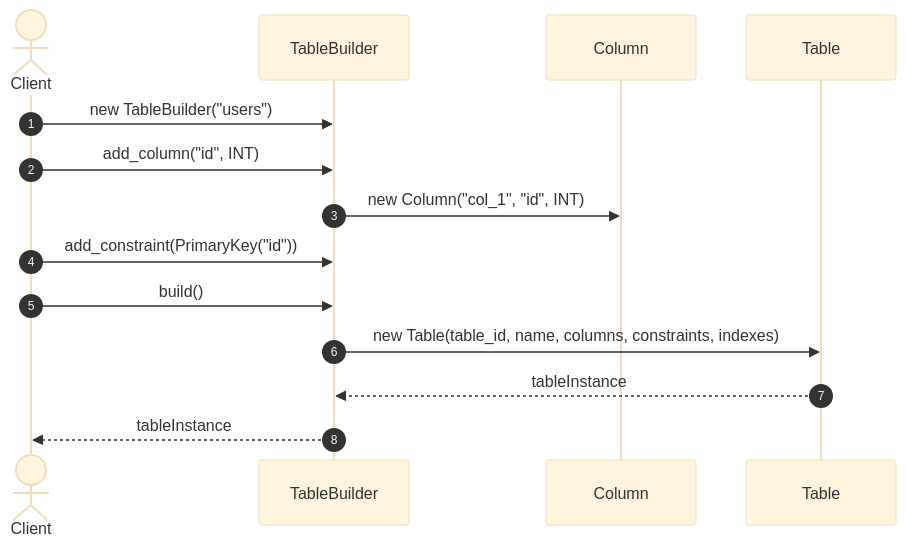
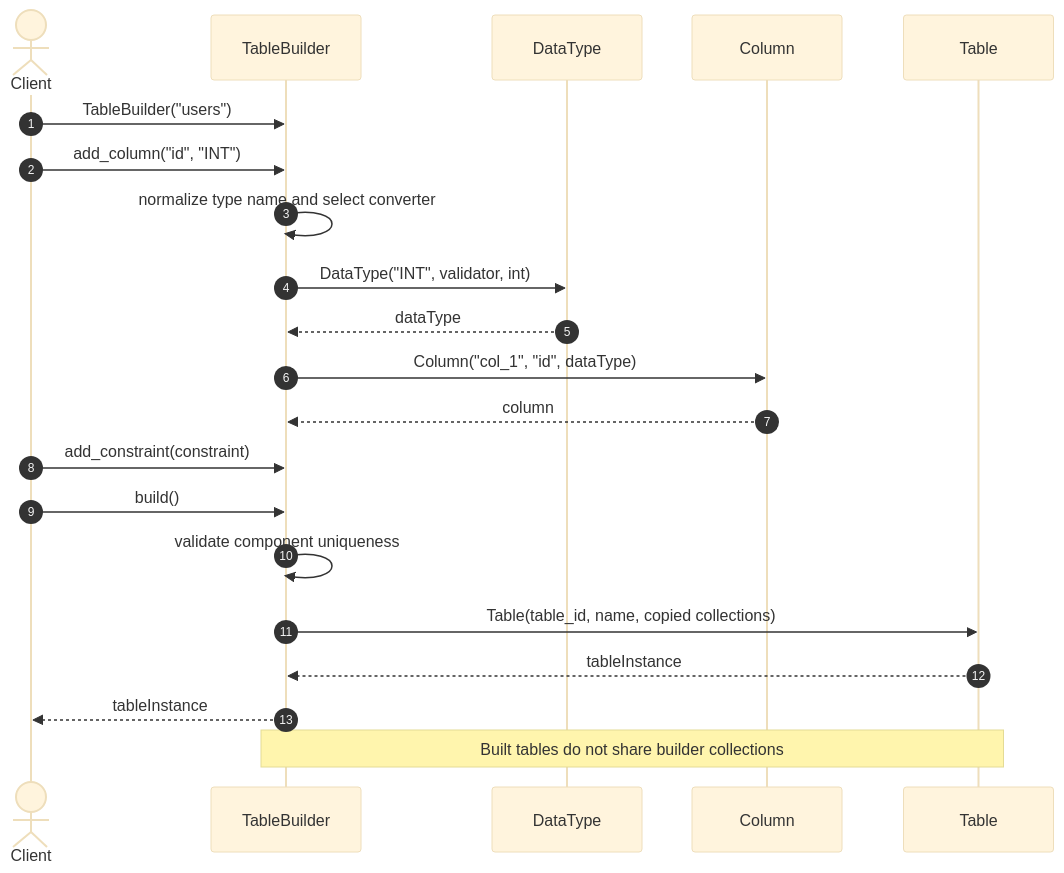
One commit to taitran501/DBMS changed the first of 7 diagrams in docs/diagrams/sequence/design_patterns/database_object.md. Above: the diagram before and after it, drawn with Mermaid (base theme). The commit also changed other lines of this file and 1 other file, not shown here.

Commit message:
docs(database_object): update Builder and Strategy pattern in sequence diagrams

````diff
--- a/docs/diagrams/sequence/design_patterns/database_object.md
+++ b/docs/diagrams/sequence/design_patterns/database_object.md
@@ -11,17 +11,25 @@
 ```mermaid
 sequenceDiagram
     autonumber
     actor Client
     participant TableBuilder
+    participant DataType
     participant Column
     participant Table
 
-    Client->>TableBuilder: new TableBuilder("users")
-    Client->>TableBuilder: add_column("id", INT)
-    TableBuilder->>Column: new Column("col_1", "id", INT)
-    Client->>TableBuilder: add_constraint(PrimaryKey("id"))
+    Client->>TableBuilder: TableBuilder("users")
+    Client->>TableBuilder: add_column("id", "INT")
+    TableBuilder->>TableBuilder: normalize type name and select converter
+    TableBuilder->>DataType: DataType("INT", validator, int)
+    DataType-->>TableBuilder: dataType
+    TableBuilder->>Column: Column("col_1", "id", dataType)
+    Column-->>TableBuilder: column
+    Client->>TableBuilder: add_constraint(constraint)
     Client->>TableBuilder: build()
-    TableBuilder->>Table: new Table(table_id, name, columns, constraints, indexes)
+    TableBuilder->>TableBuilder: validate component uniqueness
+    TableBuilder->>Table: Table(table_id, name, copied collections)
     Table-->>TableBuilder: tableInstance
     TableBuilder-->>Client: tableInstance
+
+    Note over TableBuilder,Table: Built tables do not share builder collections
 ```
````
